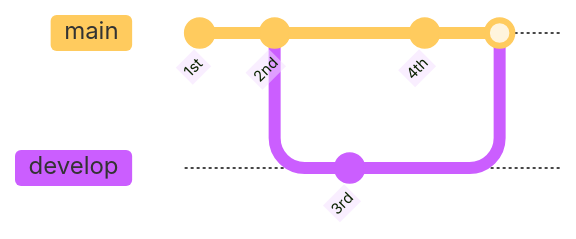
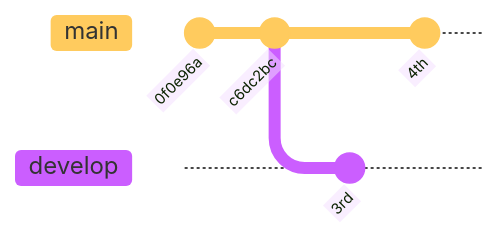
Diagram 13 of 16 in slides-git-quarto/slides-training.qmd (umr-marbec/git-training), drawn with Mermaid before and after one commit. The commit also changed other lines of this file and 2 other files, not shown here.

````diff
--- a/slides-git-quarto/slides-training.qmd
+++ b/slides-git-quarto/slides-training.qmd
@@ -285,14 +380,13 @@
 ```{mermaid}
 %%| fig-width: 10
 %%| fig-height: 2
 %%{init: { 'logLevel': 'debug', 'theme': 'base', 'gitGraph': {'rotateCommitLabel': true}}}%%
 gitGraph
-    commit id: "1st"
-    commit id: "2nd"
+    commit id: "0f0e96a"
+    commit id: "c6dc2bc"
     branch develop
     checkout develop
     commit id: "3rd"
     checkout main
     commit id: "4th"
-    merge develop
 ```
````
